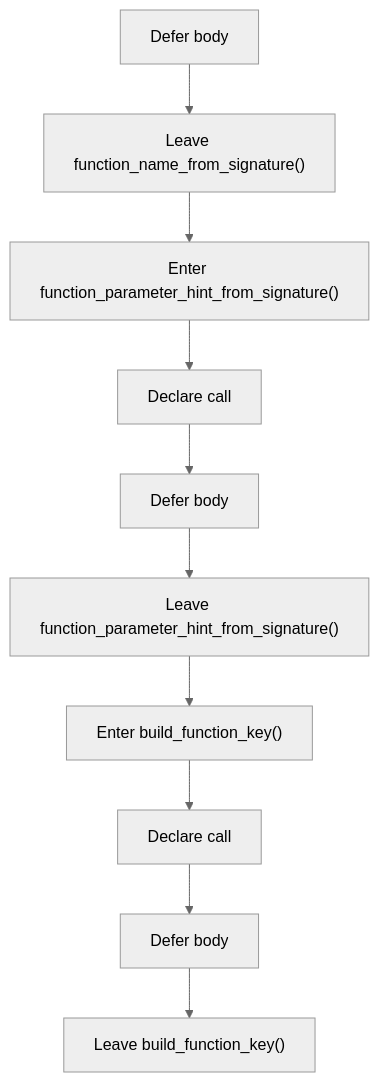
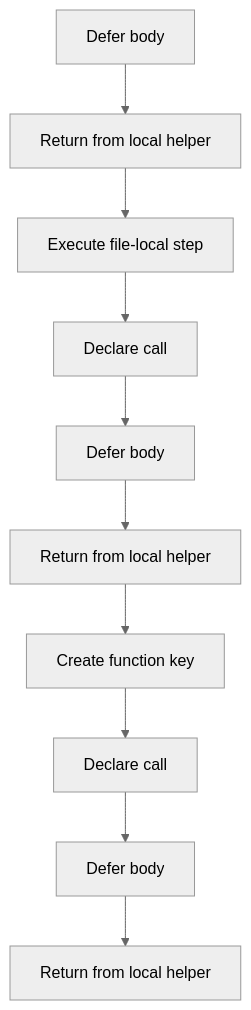
One commit to JohnAndrewBalbarosa/NeoTerritory changed the third of 6 diagrams in docs/Codebase/Microservice/Modules/Header/SyntacticBrokenAST/Analysis/ImplementationUse/Resolution/Symbols/Internal/Flow/parse_tree_symbols_internal_program_flow.hpp.md. Above: the diagram before and after it, drawn with Mermaid (neutral theme). The commit also changed other lines of this file and 915 other files, not shown here.

````diff
--- a/docs/Codebase/Microservice/Modules/Header/SyntacticBrokenAST/Analysis/ImplementationUse/Resolution/Symbols/Internal/Flow/parse_tree_symbols_internal_program_flow.hpp.md
+++ b/docs/Codebase/Microservice/Modules/Header/SyntacticBrokenAST/Analysis/ImplementationUse/Resolution/Symbols/Internal/Flow/parse_tree_symbols_internal_program_flow.hpp.md
@@ -67,22 +67,22 @@
 ```mermaid
 flowchart TD
     N0["Defer body"]
-    N1["Leave function_name_from_signature()"]
-    N2["Enter function_parameter_hint_from_signature()"]
+    N1["Return from local helper"]
+    N2["Execute file-local step"]
     N3["Declare call"]
     N4["Defer body"]
-    N5["Leave function_parameter_hint_from_signature()"]
-    N6["Enter build_function_key()"]
+    N5["Return from local helper"]
+    N6["Create function key"]
     N7["Declare call"]
     N8["Defer body"]
-    N9["Leave build_function_key()"]
+    N9["Return from local helper"]
     N0 --> N1
     N1 --> N2
     N2 --> N3
     N3 --> N4
     N4 --> N5
     N5 --> N6
     N6 --> N7
     N7 --> N8
     N8 --> N9
 ```
````
